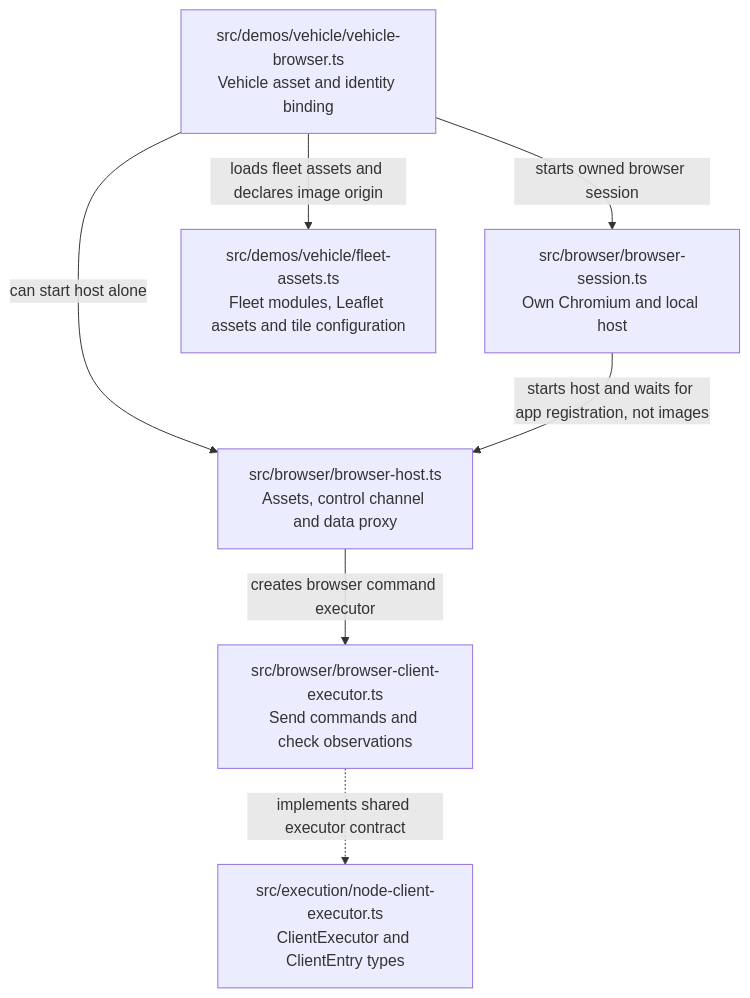
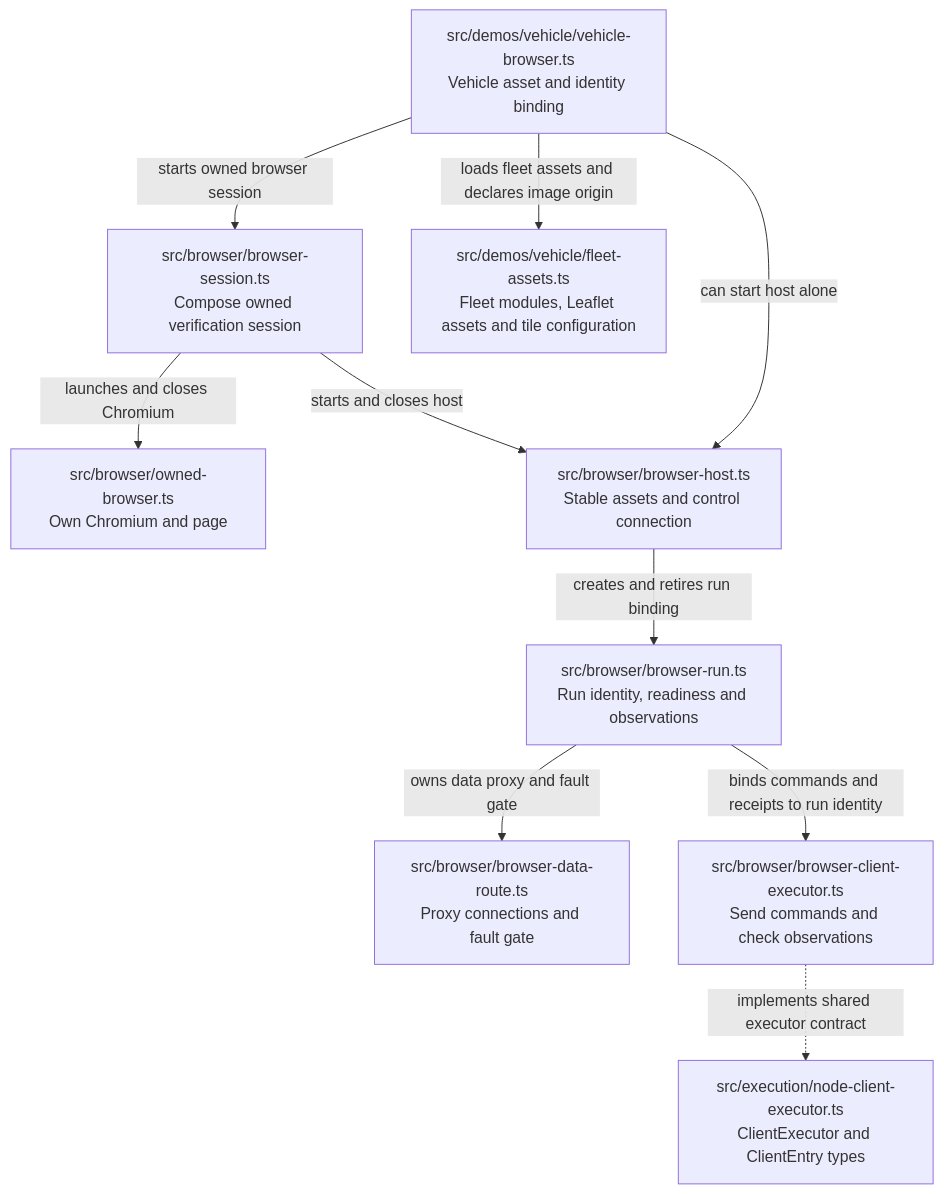
Before and after one commit to sproates/zooglass: the fifth of 6 diagrams in incubator/workbench/docs/source-map.md, drawn with Mermaid. The commit also changed other lines of this file and 23 other files, not shown here.

Commit message:
Separate application host and browser run lifetimes

````diff
--- a/incubator/workbench/docs/source-map.md
+++ b/incubator/workbench/docs/source-map.md
@@ -216,15 +215,21 @@
 ```mermaid
 flowchart TB
   vehicle["src/demos/vehicle/vehicle-browser.ts<br/>Vehicle asset and identity binding"]
-  session["src/browser/browser-session.ts<br/>Own Chromium and local host"]
-  host["src/browser/browser-host.ts<br/>Assets, control channel and data proxy"]
+  session["src/browser/browser-session.ts<br/>Compose owned verification session"]
+  launcher["src/browser/owned-browser.ts<br/>Own Chromium and page"]
+  host["src/browser/browser-host.ts<br/>Stable assets and control connection"]
+  run["src/browser/browser-run.ts<br/>Run identity, readiness and observations"]
+  route["src/browser/browser-data-route.ts<br/>Proxy connections and fault gate"]
   executor["src/browser/browser-client-executor.ts<br/>Send commands and check observations"]
   contract["src/execution/node-client-executor.ts<br/>ClientExecutor and ClientEntry types"]
   fleetAssets["src/demos/vehicle/fleet-assets.ts<br/>Fleet modules, Leaflet assets and tile configuration"]
   vehicle -->|loads fleet assets and declares image origin| fleetAssets
   vehicle -->|starts owned browser session| session
   vehicle -->|can start host alone| host
-  session -->|starts host and waits for app registration, not images| host
-  host -->|creates browser command executor| executor
+  session -->|starts and closes host| host
+  session -->|launches and closes Chromium| launcher
+  host -->|creates and retires run binding| run
+  run -->|owns data proxy and fault gate| route
+  run -->|binds commands and receipts to run identity| executor
   executor -.->|implements shared executor contract| contract
 ```
````
